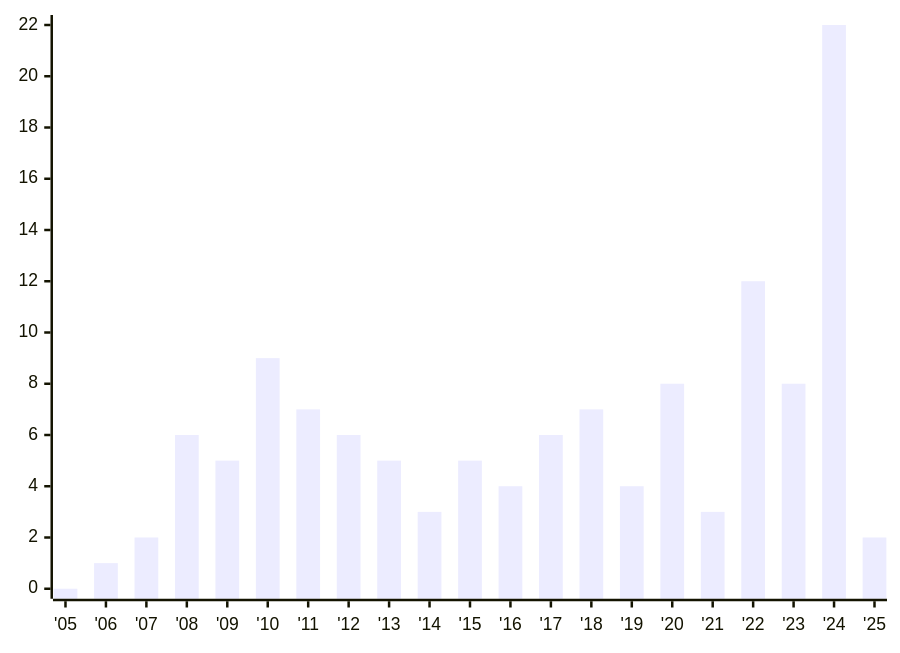
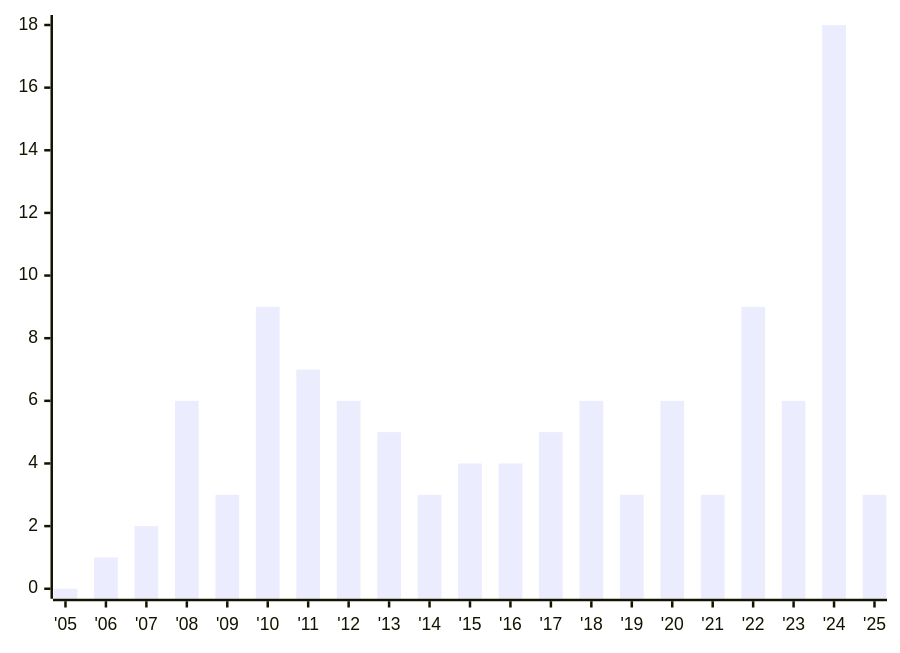
One commit to austrellum/navigator changed the second of 4 diagrams in index.stats.md. Above: the diagram before and after it, drawn with Mermaid. The commit also changed other lines of this file and 9 other files, not shown here.

````diff
--- a/index.stats.md
+++ b/index.stats.md
@@ -18,6 +18,6 @@
 ```mermaid
 xychart-beta
   x-axis ["'05","'06","'07","'08","'09","'10","'11","'12","'13","'14","'15","'16","'17","'18","'19","'20","'21","'22","'23","'24","'25"]
-  y-axis 0 --> 22
-  bar [0,1,2,6,5,9,7,6,5,3,5,4,6,7,4,8,3,12,8,22,2]
+  y-axis 0 --> 18
+  bar [0,1,2,6,3,9,7,6,5,3,4,4,5,6,3,6,3,9,6,18,3]
 ```
````
